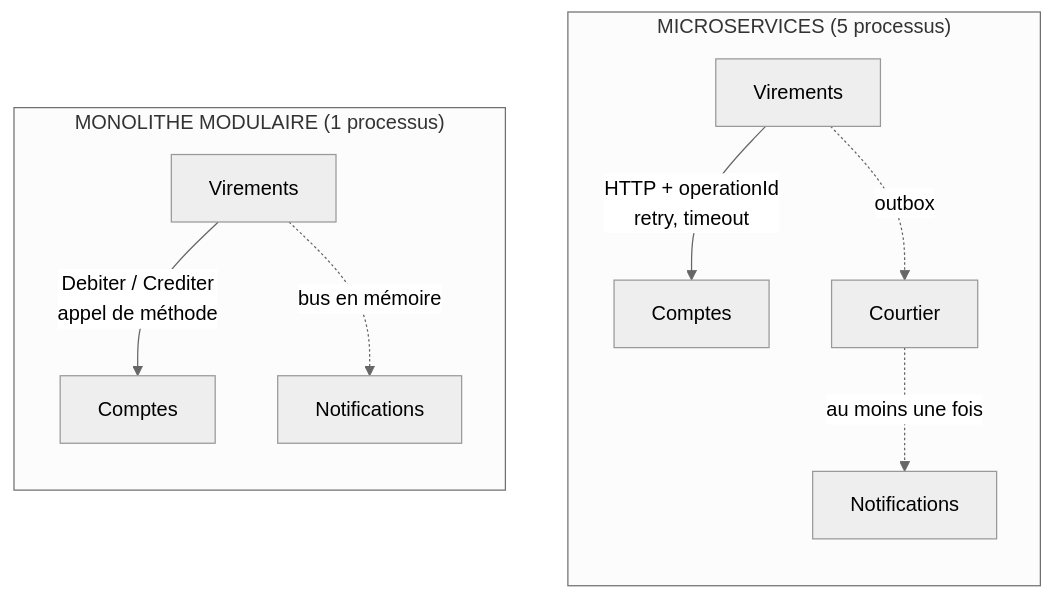
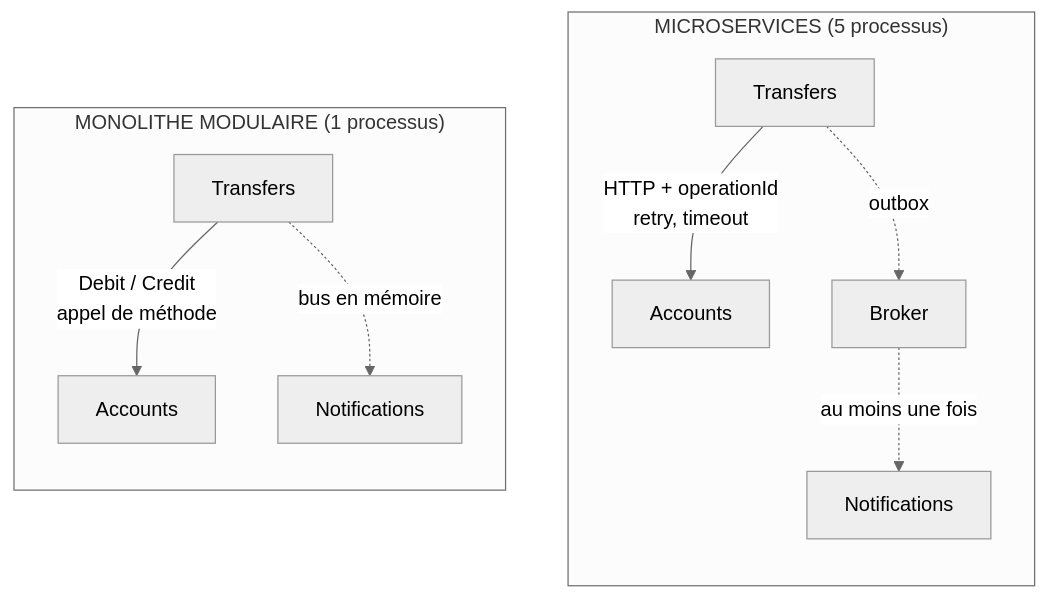
Before and after one commit to drangoht/ArchitecturesDemo: the diagram in Docs/differences/09-monolithe-modulaire-vs-microservices.md, drawn with Mermaid (neutral theme). The commit also changed other lines of this file and 70 other files, not shown here.

Commit message:
Docs FR : identifiants, liens, diagrammes et sorties alignés sur le code anglais

````diff
--- a/Docs/differences/09-monolithe-modulaire-vs-microservices.md
+++ b/Docs/differences/09-monolithe-modulaire-vs-microservices.md
@@ -40,14 +40,14 @@
 ```mermaid
 flowchart LR
     subgraph M["MONOLITHE MODULAIRE (1 processus)"]
         direction TB
-        V1["Virements"] -->|"Debiter / Crediter<br/>appel de méthode"| C1["Comptes"]
+        V1["Transfers"] -->|"Debit / Credit<br/>appel de méthode"| C1["Accounts"]
         V1 -.->|"bus en mémoire"| N1["Notifications"]
     end
     subgraph S["MICROSERVICES (5 processus)"]
         direction TB
-        V2["Virements"] -->|"HTTP + operationId<br/>retry, timeout"| C2["Comptes"]
-        V2 -.->|"outbox"| K2["Courtier"] -.->|"au moins une fois"| N2["Notifications"]
+        V2["Transfers"] -->|"HTTP + operationId<br/>retry, timeout"| C2["Accounts"]
+        V2 -.->|"outbox"| K2["Broker"] -.->|"au moins une fois"| N2["Notifications"]
     end
     M ~~~ S
 ```
````
